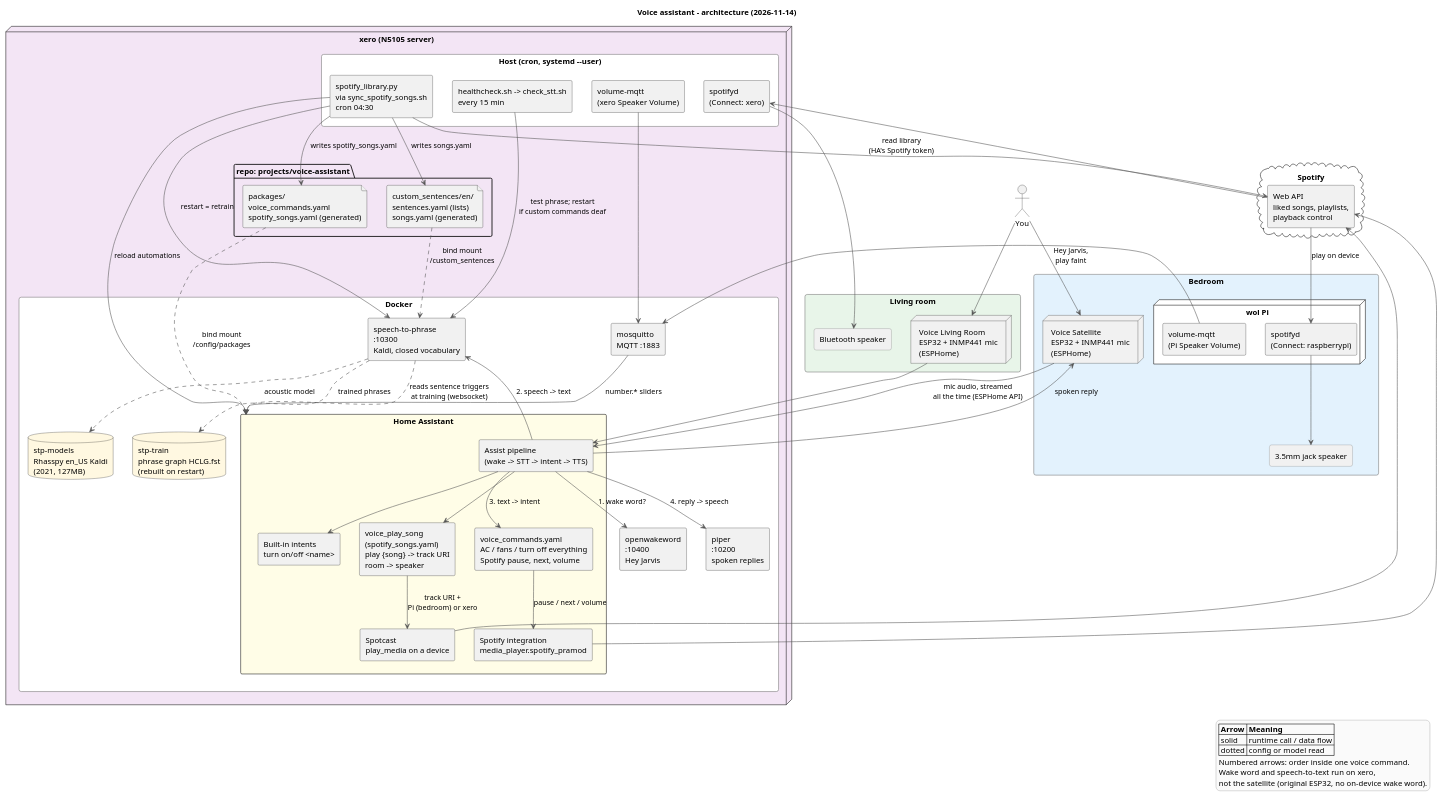
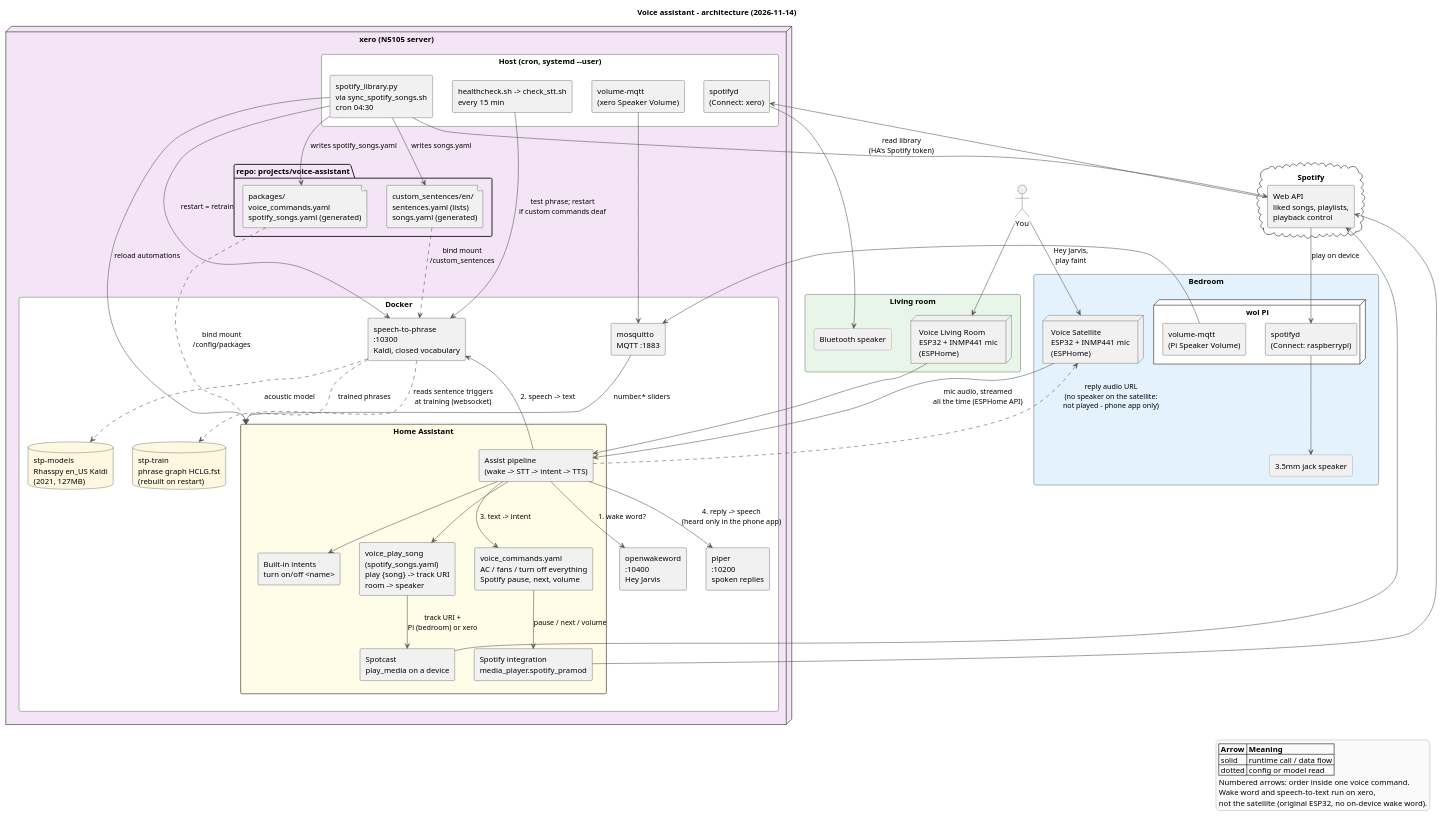
One commit to pjangam/homelab changed the diagram in projects/voice-assistant/architecture.puml. Above: the diagram before and after it, drawn with PlantUML. The commit also changed 5 other files, not shown here.

First line of the commit message:
voice-assistant diagrams: the spoken reply is never played on the satellites

```diff
--- a/projects/voice-assistant/architecture.puml
+++ b/projects/voice-assistant/architecture.puml
@@ -1,120 +1,120 @@
 @startuml
 ' Voice assistant: every part, where it runs and what talks to what.
 ' Render: projects/voice-assistant/render_architecture.sh  (-> architecture.svg/.png)
 title Voice assistant - architecture (2026-11-14)
 
 skinparam shadowing false
 skinparam defaultFontName Helvetica
 skinparam componentStyle rectangle
 skinparam ArrowColor #555555
 skinparam rectangle {
   BorderColor #777777
   RoundCorner 8
 }
 skinparam database {
   BackgroundColor #FFF8E1
 }
 skinparam legend {
   BackgroundColor #FAFAFA
   BorderColor #BBBBBB
 }
 
 actor "You" as user
 
 rectangle "Bedroom" as bedroom #E3F2FD {
   node "Voice Satellite\nESP32 + INMP441 mic\n(ESPHome)" as sat_bed
   node "wol Pi" as pi #FFFFFF {
     component "spotifyd\n(Connect: raspberrypi)" as spd_pi
     component "volume-mqtt\n(Pi Speaker Volume)" as vol_pi
   }
   rectangle "3.5mm jack speaker" as spk_pi
 }
 
 rectangle "Living room" as living #E8F5E9 {
   node "Voice Living Room\nESP32 + INMP441 mic\n(ESPHome)" as sat_liv
   rectangle "Bluetooth speaker" as spk_xero
 }
 
 node "xero (N5105 server)" as xero #F3E5F5 {
   rectangle "Docker" as docker #FFFFFF {
     component "Home Assistant" as ha #FFFDE7 {
       component "Assist pipeline\n(wake -> STT -> intent -> TTS)" as pipeline
       component "voice_commands.yaml\nAC / fans / turn off everything\nSpotify pause, next, volume" as cmds
       component "voice_play_song\n(spotify_songs.yaml)\nplay {song} -> track URI\nroom -> speaker" as playsong
       component "Spotify integration\nmedia_player.spotify_pramod" as spint
       component "Spotcast\nplay_media on a device" as spotcast
       component "Built-in intents\nturn on/off <name>" as builtin
     }
     component "openwakeword\n:10400\nHey Jarvis" as oww
     component "speech-to-phrase\n:10300\nKaldi, closed vocabulary" as stp
     component "piper\n:10200\nspoken replies" as piper
     component "mosquitto\nMQTT :1883" as mqtt
     database "stp-models\nRhasspy en_US Kaldi\n(2021, 127MB)" as stpmodels
     database "stp-train\nphrase graph HCLG.fst\n(rebuilt on restart)" as stptrain
   }
   rectangle "Host (cron, systemd --user)" as host #FFFFFF {
     component "spotify_library.py\nvia sync_spotify_songs.sh\ncron 04:30" as lib
     component "healthcheck.sh -> check_stt.sh\nevery 15 min" as hc
     component "spotifyd\n(Connect: xero)" as spd_xero
     component "volume-mqtt\n(xero Speaker Volume)" as vol_xero
   }
   folder "repo: projects/voice-assistant" as repo {
     file "custom_sentences/en/\nsentences.yaml (lists)\nsongs.yaml (generated)" as cs
     file "packages/\nvoice_commands.yaml\nspotify_songs.yaml (generated)" as pkgs
   }
 }
 
 cloud "Spotify" as spotify {
   component "Web API\nliked songs, playlists,\nplayback control" as spapi
 }
 
 ' --- speaking a command ---
 user --> sat_bed : "Hey Jarvis,\nplay faint"
 user --> sat_liv
 sat_bed --> pipeline : mic audio, streamed\nall the time (ESPHome API)
 sat_liv --> pipeline
 pipeline --> oww : 1. wake word?
 pipeline --> stp : 2. speech -> text
 stp ..> stpmodels : acoustic model
 stp ..> stptrain : trained phrases
 pipeline --> cmds : 3. text -> intent
 pipeline --> playsong
 pipeline --> builtin
-pipeline --> piper : 4. reply -> speech
-pipeline --> sat_bed : spoken reply
+pipeline --> piper : 4. reply -> speech\n(heard only in the phone app)
+pipeline ..> sat_bed : reply audio URL\n(no speaker on the satellite:\nnot played - phone app only)
 
 ' --- playing music ---
 playsong --> spotcast : track URI +\nPi (bedroom) or xero
 cmds --> spint : pause / next / volume
 spotcast --> spapi
 spint --> spapi
 spapi --> spd_pi : play on device
 spapi --> spd_xero
 spd_pi --> spk_pi
 spd_xero --> spk_xero
 
 ' --- training ---
 lib --> spapi : read library\n(HA's Spotify token)
 lib --> cs : writes songs.yaml
 lib --> pkgs : writes spotify_songs.yaml
 lib --> ha : reload automations
 lib --> stp : restart = retrain
 pkgs ..> ha : bind mount\n/config/packages
 cs ..> stp : bind mount\n/custom_sentences
 stp ..> ha : reads sentence triggers\nat training (websocket)
 hc --> stp : test phrase; restart\nif custom commands deaf
 
 ' --- volume sliders ---
 vol_pi --> mqtt
 vol_xero --> mqtt
 mqtt --> ha : number.* sliders
 
 legend right
   |= Arrow |= Meaning |
   | solid | runtime call / data flow |
   | dotted | config or model read |
   Numbered arrows: order inside one voice command.
   Wake word and speech-to-text run on xero,
   not the satellite (original ESP32, no on-device wake word).
 endlegend
 @enduml
```
